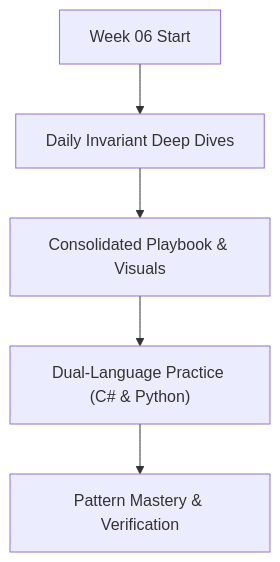
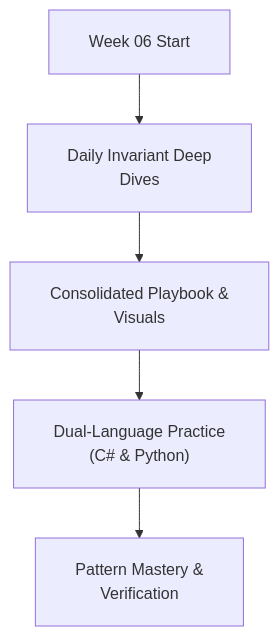
One commit to dip4k/DSA_102 changed the diagram in week_06_string_manipulation_patterns/README.md. Above: the diagram before and after it, drawn with Mermaid. The commit also changed 108 other files, not shown here.

First line of the commit message:
fix(mermaid): resolve diagram clipping, padding, and syntax issues across repo

````diff
--- a/week_06_string_manipulation_patterns/README.md
+++ b/week_06_string_manipulation_patterns/README.md
@@ -16,7 +16,8 @@
 ```mermaid
+%%{init: {"flowchart": {"htmlLabels": true, "padding": 20}}}%%
 flowchart TD
-    Start["Week 06 Start"] --> Daily["Daily Invariant Deep Dives"]
-    Daily --> Playbook["Consolidated Playbook & Visuals"]
-    Playbook --> DualLang["Dual-Language Practice (C# & Python)"]
-    DualLang --> Mastery["Pattern Mastery & Verification"]
+    Start["Week 06 Start"] --> Daily["Daily Invariant Deep<br/>Dives"]
+    Daily --> Playbook["Consolidated Playbook &<br/>Visuals"]
+    Playbook --> DualLang["Dual-Language Practice<br/>(C# & Python)"]
+    DualLang --> Mastery["Pattern Mastery &<br/>Verification"]
 ```
````
